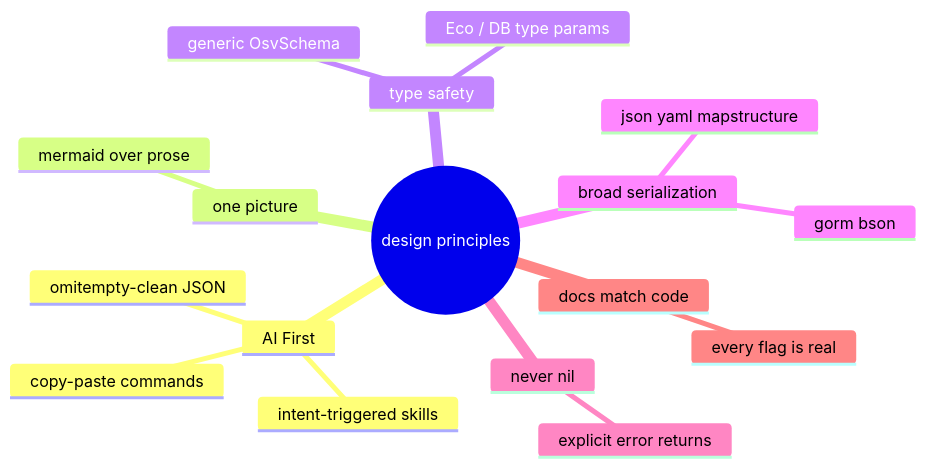
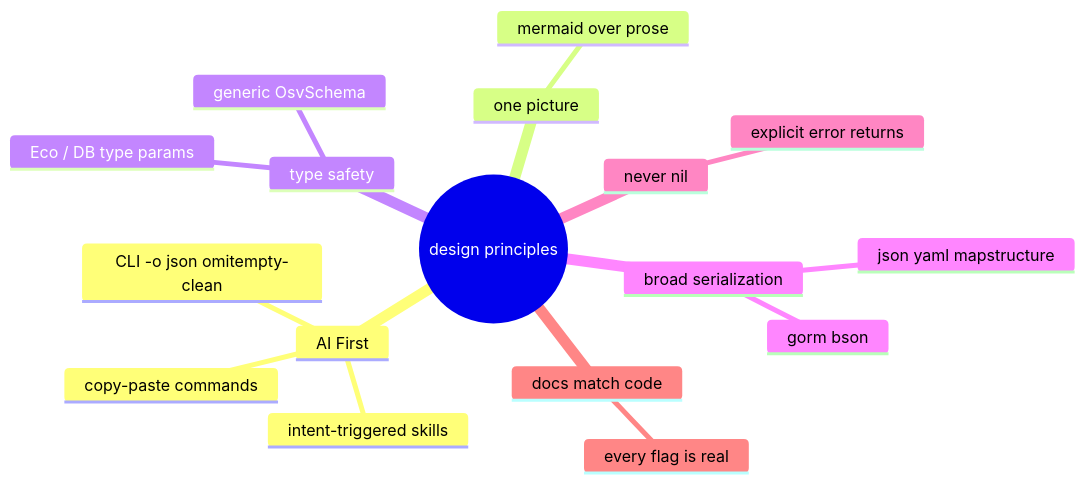
Before and after one commit to scagogogo/osv-schema-skills: the sixth of 6 diagrams in website/guide/introduction.md, drawn with Mermaid. The commit also changed other lines of this file and 1 other file, not shown here.

First line of the commit message:
docs(website): correct omitempty scope (CLI DTO, not SDK struct) (EN+ZH)

````diff
--- a/website/guide/introduction.md
+++ b/website/guide/introduction.md
@@ -242,20 +242,20 @@
 ```mermaid
 mindmap
   root((design principles))
     AI First
       intent-triggered skills
       copy-paste commands
-      omitempty-clean JSON
+      CLI -o json omitempty-clean
     one picture
       mermaid over prose
     type safety
       generic OsvSchema
       Eco / DB type params
     broad serialization
       json yaml mapstructure
       gorm bson
     never nil
       explicit error returns
     docs match code
       every flag is real
 ```
````
